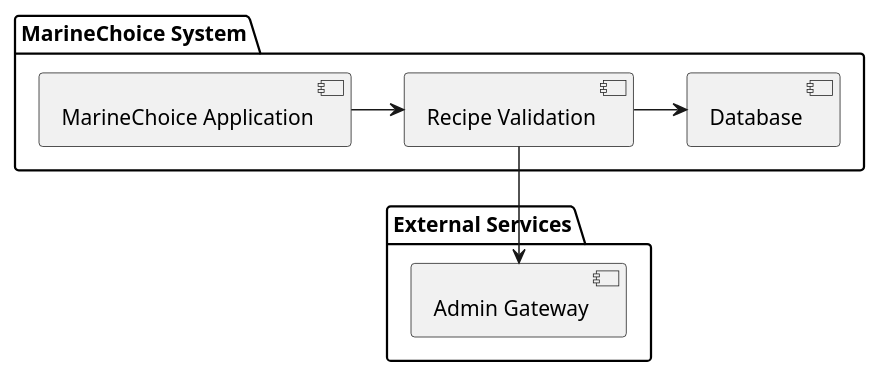
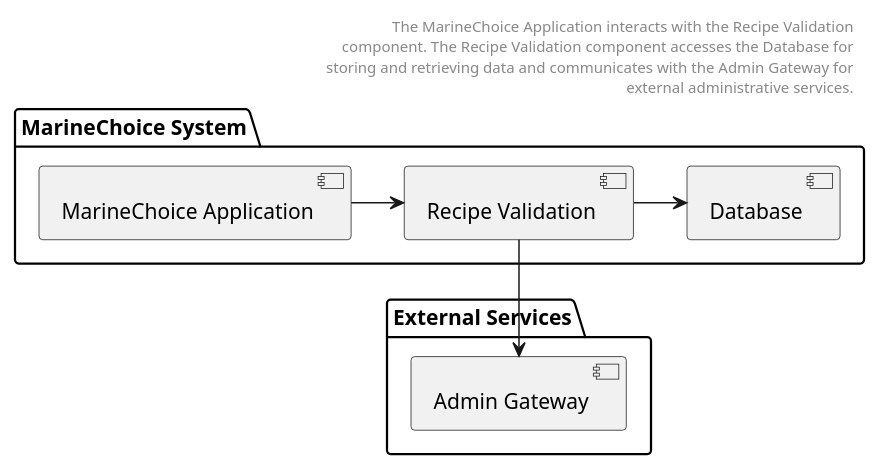
The diagram in physical.puml (PedroLunet/MarineChoice), drawn with PlantUML before and after one commit. The commit also changed 8 other files, not shown here.

```diff
--- a/physical.puml
+++ b/physical.puml
@@ -1,19 +1,26 @@
-@startuml logical
+@startuml physical
+
+header
+The MarineChoice Application interacts with the Recipe Validation 
+component. The Recipe Validation component accesses the Database for 
+storing and retrieving data and communicates with the Admin Gateway for 
+external administrative services.
+end header
 
 top to bottom direction
 
 package "MarineChoice System" {
   [MarineChoice Application]
   [Recipe Validation]
   [Database]
 }
 
 package "External Services" {
   [Admin Gateway]
 }
 
 [MarineChoice Application] -> [Recipe Validation]
 [Recipe Validation] -> [Database]
 [Recipe Validation] --> [Admin Gateway]
 
 @enduml
```
